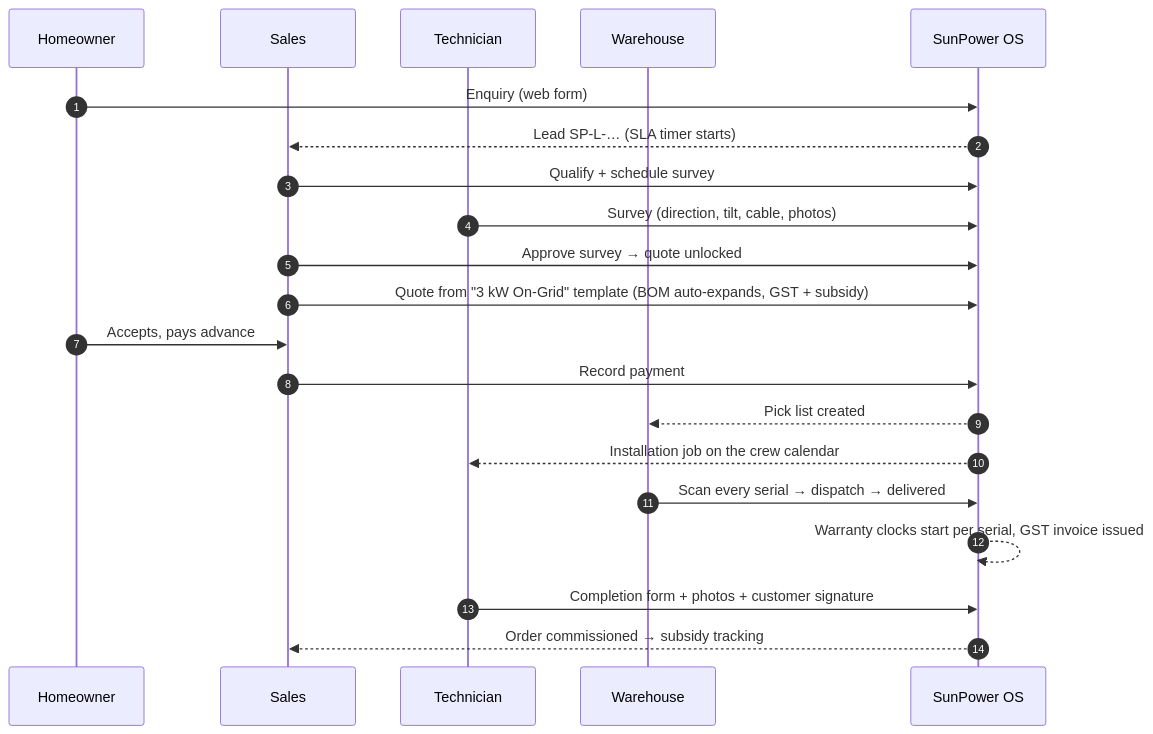
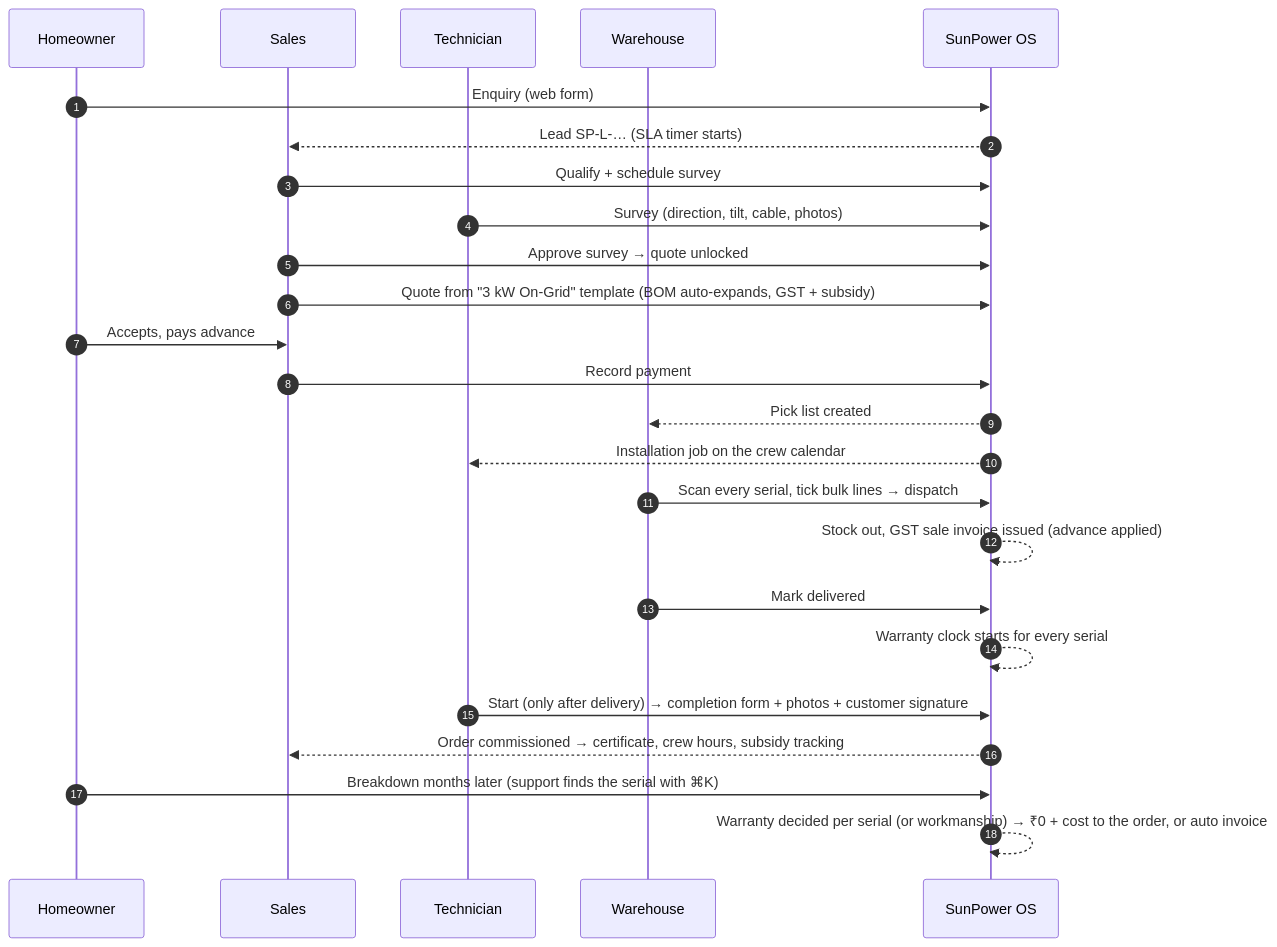
The fourth of 6 diagrams in engineering/Architecture.md (hanvithSai/sunpower), drawn with Mermaid before and after one commit. The commit also changed other lines of this file, not shown here.

Commit message:
Updated architecture flow, automations and gates

````diff
--- a/engineering/Architecture.md
+++ b/engineering/Architecture.md
@@ -88,23 +88,27 @@
 ```mermaid
 sequenceDiagram
   autonumber
   participant C as Homeowner
   participant Sales
   participant Tech as Technician
   participant WH as Warehouse
   participant Sys as SunPower OS
   C->>Sys: Enquiry (web form)
   Sys-->>Sales: Lead SP-L-… (SLA timer starts)
   Sales->>Sys: Qualify + schedule survey
   Tech->>Sys: Survey (direction, tilt, cable, photos)
   Sales->>Sys: Approve survey → quote unlocked
   Sales->>Sys: Quote from "3 kW On-Grid" template (BOM auto-expands, GST + subsidy)
   C->>Sales: Accepts, pays advance
   Sales->>Sys: Record payment
   Sys-->>WH: Pick list created
   Sys-->>Tech: Installation job on the crew calendar
-  WH->>Sys: Scan every serial → dispatch → delivered
-  Sys-->>Sys: Warranty clocks start per serial, GST invoice issued
-  Tech->>Sys: Completion form + photos + customer signature
-  Sys-->>Sales: Order commissioned → subsidy tracking
+  WH->>Sys: Scan every serial, tick bulk lines → dispatch
+  Sys-->>Sys: Stock out, GST sale invoice issued (advance applied)
+  WH->>Sys: Mark delivered
+  Sys-->>Sys: Warranty clock starts for every serial
+  Tech->>Sys: Start (only after delivery) → completion form + photos + customer signature
+  Sys-->>Sales: Order commissioned → certificate, crew hours, subsidy tracking
+  C->>Sys: Breakdown months later (support finds the serial with ⌘K)
+  Sys-->>Sys: Warranty decided per serial (or workmanship) → ₹0 + cost to the order, or auto invoice
 ```
````
